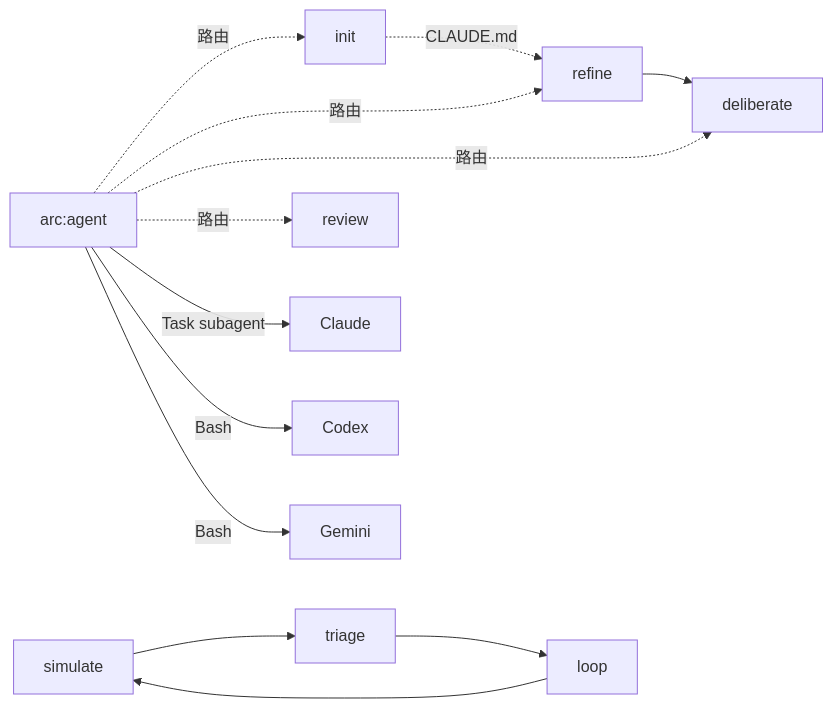
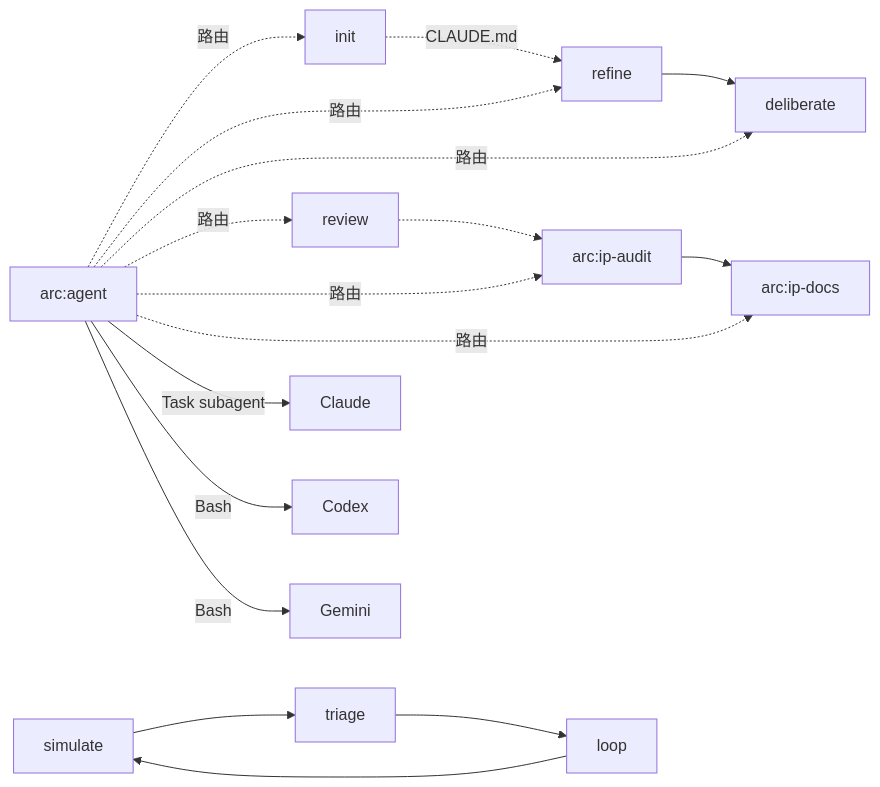
The second of 2 diagrams in README.md (iwen-conf/Skills), drawn with Mermaid before and after one commit. The commit also changed other lines of this file and 2 other files, not shown here.

Commit message:
feat(agent): 接入ip-audit与ip-docs路由及文档索引

````diff
--- a/README.md
+++ b/README.md
@@ -66,14 +76,19 @@
 ```mermaid
 graph LR
     agent["arc:agent"] -.->|"路由"| init
     agent -.->|"路由"| refine
     agent -.->|"路由"| deliberate
     agent -.->|"路由"| review
+    ip_audit["arc:ip-audit"]
+    ip_docs["arc:ip-docs"]
+    agent -.->|"路由"| ip_audit
+    agent -.->|"路由"| ip_docs
     agent -->|"Task subagent"| claude["Claude"]
     agent -->|"Bash"| codex["Codex"]
     agent -->|"Bash"| gemini["Gemini"]
 
     init -.->|"CLAUDE.md"| refine
     refine --> deliberate
+    review -.-> ip_audit --> ip_docs
     simulate --> triage --> loop --> simulate
 ```
````
